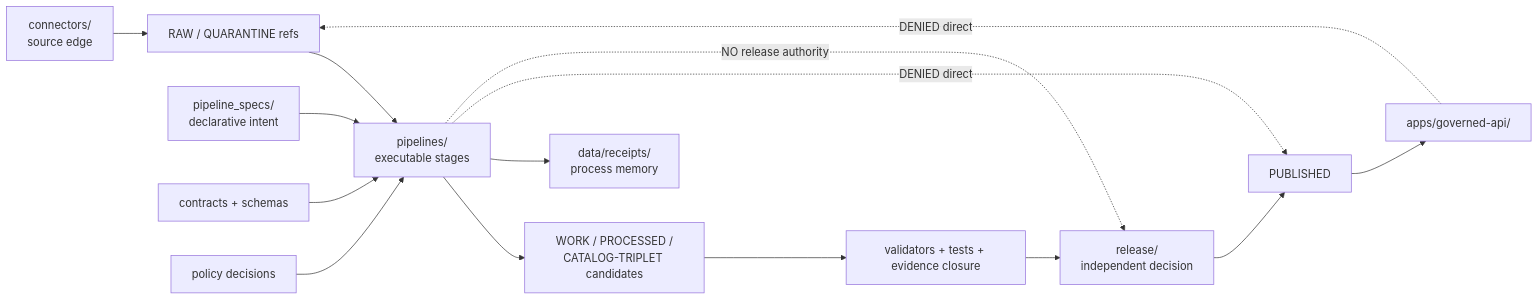
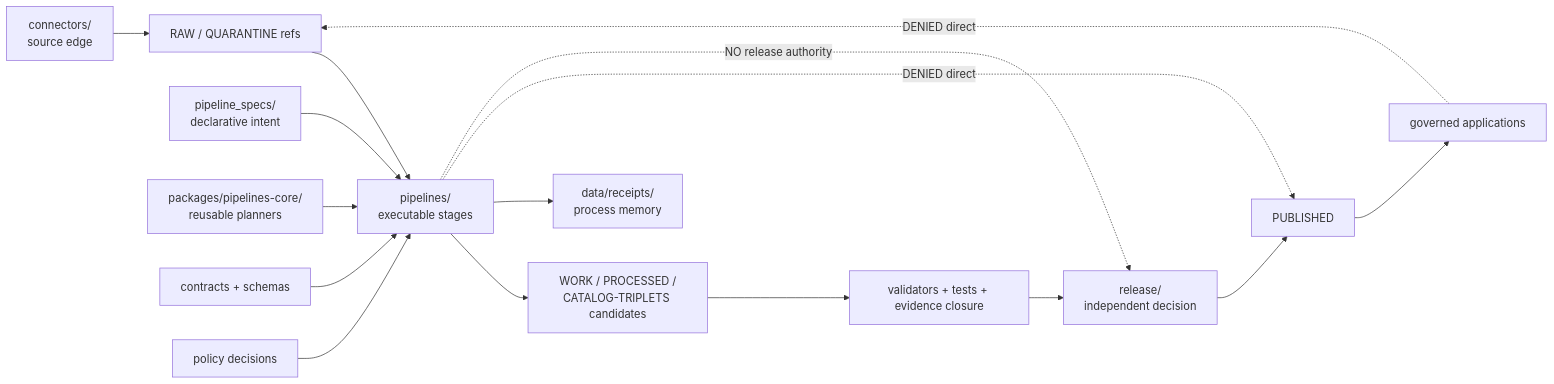
The diagram in pipelines/README.md (bartytime4life/Kansas-Frontier-Matrix), drawn with Mermaid before and after one commit. The commit also changed other lines of this file, not shown here.

Commit message:
docs(pipelines): refresh root maturity boundary

````diff
--- a/pipelines/README.md
+++ b/pipelines/README.md
@@ -697,18 +816,19 @@
 ```mermaid
 flowchart LR
     CONNECTORS["connectors/<br/>source edge"] --> RAW["RAW / QUARANTINE refs"]
     SPECS["pipeline_specs/<br/>declarative intent"] --> PIPELINES["pipelines/<br/>executable stages"]
+    PACKAGES["packages/pipelines-core/<br/>reusable planners"] --> PIPELINES
     RAW --> PIPELINES
     CONTRACTS["contracts + schemas"] --> PIPELINES
     POLICY["policy decisions"] --> PIPELINES
-    PIPELINES --> CANDIDATES["WORK / PROCESSED /<br/>CATALOG-TRIPLET candidates"]
+    PIPELINES --> CANDIDATES["WORK / PROCESSED /<br/>CATALOG-TRIPLETS candidates"]
     PIPELINES --> RECEIPTS["data/receipts/<br/>process memory"]
     CANDIDATES --> VALIDATION["validators + tests + evidence closure"]
     VALIDATION --> RELEASE["release/<br/>independent decision"]
     RELEASE --> PUBLISHED["PUBLISHED"]
-    PUBLISHED --> GAPI["apps/governed-api/"]
+    PUBLISHED --> GAPI["governed applications"]
 
     PIPELINES -. "DENIED direct" .-> PUBLISHED
     PIPELINES -. "NO release authority" .-> RELEASE
     GAPI -. "DENIED direct" .-> RAW
 ```
````
